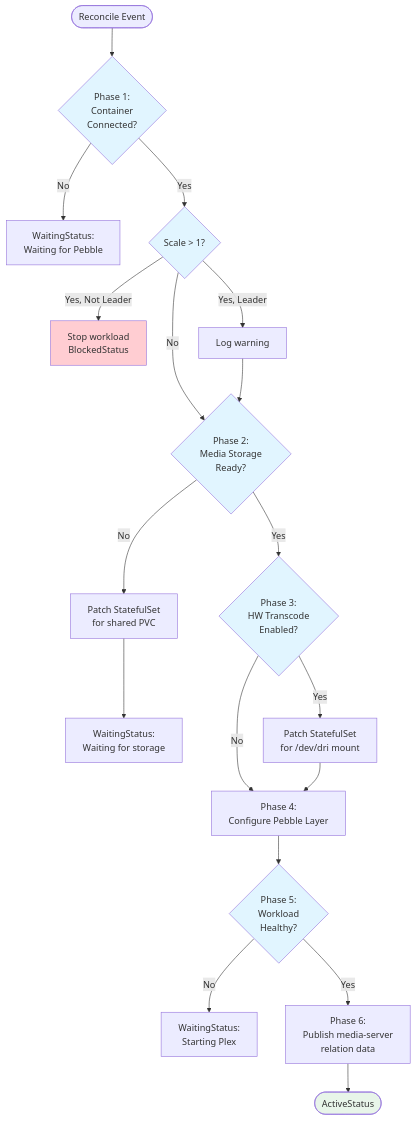
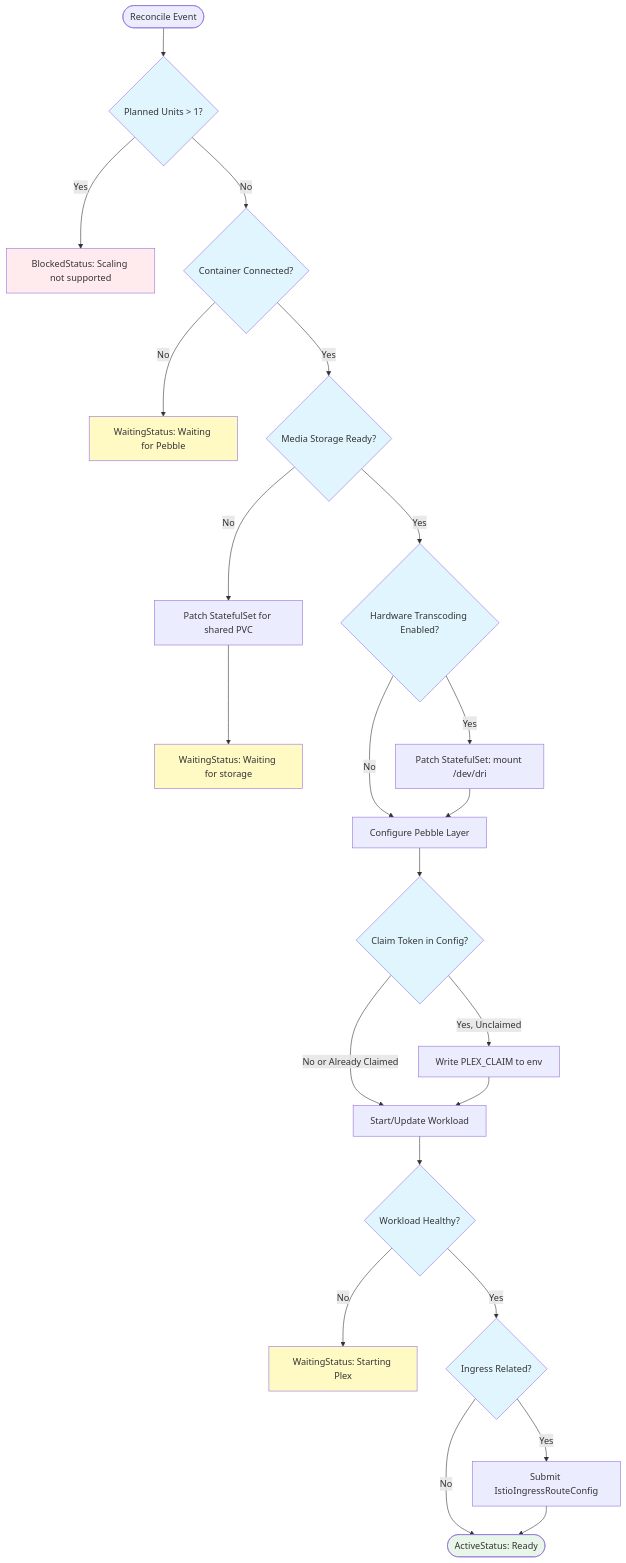
The first of 2 diagrams in adr/apps/adr-009-plex.md (charmarr/charmarr-meta), drawn with Mermaid before and after one commit. The commit also changed other lines of this file and 4 other files, not shown here.

````diff
--- a/adr/apps/adr-009-plex.md
+++ b/adr/apps/adr-009-plex.md
@@ -89,36 +61,43 @@
 ```mermaid
 flowchart TD
-    Start([Reconcile Event]) --> P1{Phase 1:<br/>Container<br/>Connected?}
-    P1 -->|No| W1[WaitingStatus:<br/>Waiting for Pebble]
-    P1 -->|Yes| Scale{Scale > 1?}
+    Start([Reconcile Event]) --> Scale{Planned Units > 1?}
+    Scale -->|Yes| Block[BlockedStatus: Scaling not supported]
+    Scale -->|No| P1{Container Connected?}
     
-    Scale -->|Yes, Not Leader| Stop[Stop workload<br/>BlockedStatus]
-    Scale -->|Yes, Leader| Log[Log warning]
-    Scale -->|No| P2
-    Log --> P2
+    P1 -->|No| W1[WaitingStatus: Waiting for Pebble]
+    P1 -->|Yes| P2{Media Storage Ready?}
     
-    P2{Phase 2:<br/>Media Storage<br/>Ready?}
-    P2 -->|No| P2a[Patch StatefulSet<br/>for shared PVC]
-    P2a --> W2[WaitingStatus:<br/>Waiting for storage]
-    P2 -->|Yes| P3{Phase 3:<br/>HW Transcode<br/>Enabled?}
+    P2 -->|No| P2a[Patch StatefulSet for shared PVC]
+    P2a --> W2[WaitingStatus: Waiting for storage]
+    P2 -->|Yes| P3{Hardware Transcoding Enabled?}
     
-    P3 -->|Yes| P3a[Patch StatefulSet<br/>for /dev/dri mount]
+    P3 -->|Yes| P3a[Patch StatefulSet: mount /dev/dri]
     P3 -->|No| P4
-    P3a --> P4
+    P3a --> P4[Configure Pebble Layer]
     
-    P4[Phase 4:<br/>Configure Pebble Layer]
-    P4 --> P5{Phase 5:<br/>Workload<br/>Healthy?}
+    P4 --> P5{Claim Token in Config?}
+    P5 -->|Yes, Unclaimed| P5a[Write PLEX_CLAIM to env]
+    P5 -->|No or Already Claimed| P6
+    P5a --> P6[Start/Update Workload]
     
-    P5 -->|No| W3[WaitingStatus:<br/>Starting Plex]
-    P5 -->|Yes| P6[Phase 6:<br/>Publish media-server<br/>relation data]
+    P6 --> P7{Workload Healthy?}
+    P7 -->|No| W3[WaitingStatus: Starting Plex]
+    P7 -->|Yes| P8{Ingress Related?}
     
-    P6 --> Done([ActiveStatus])
+    P8 -->|Yes| P8a[Submit IstioIngressRouteConfig]
+    P8 -->|No| Done
+    P8a --> Done([ActiveStatus: Ready])
     
+    style Scale fill:#e1f5ff
     style P1 fill:#e1f5ff
-    style Scale fill:#e1f5ff
     style P2 fill:#e1f5ff
     style P3 fill:#e1f5ff
     style P5 fill:#e1f5ff
-    style Stop fill:#ffcdd2
+    style P7 fill:#e1f5ff
+    style P8 fill:#e1f5ff
+    style Block fill:#ffebee
+    style W1 fill:#fff9c4
+    style W2 fill:#fff9c4
+    style W3 fill:#fff9c4
     style Done fill:#e8f5e9
 ```
````
